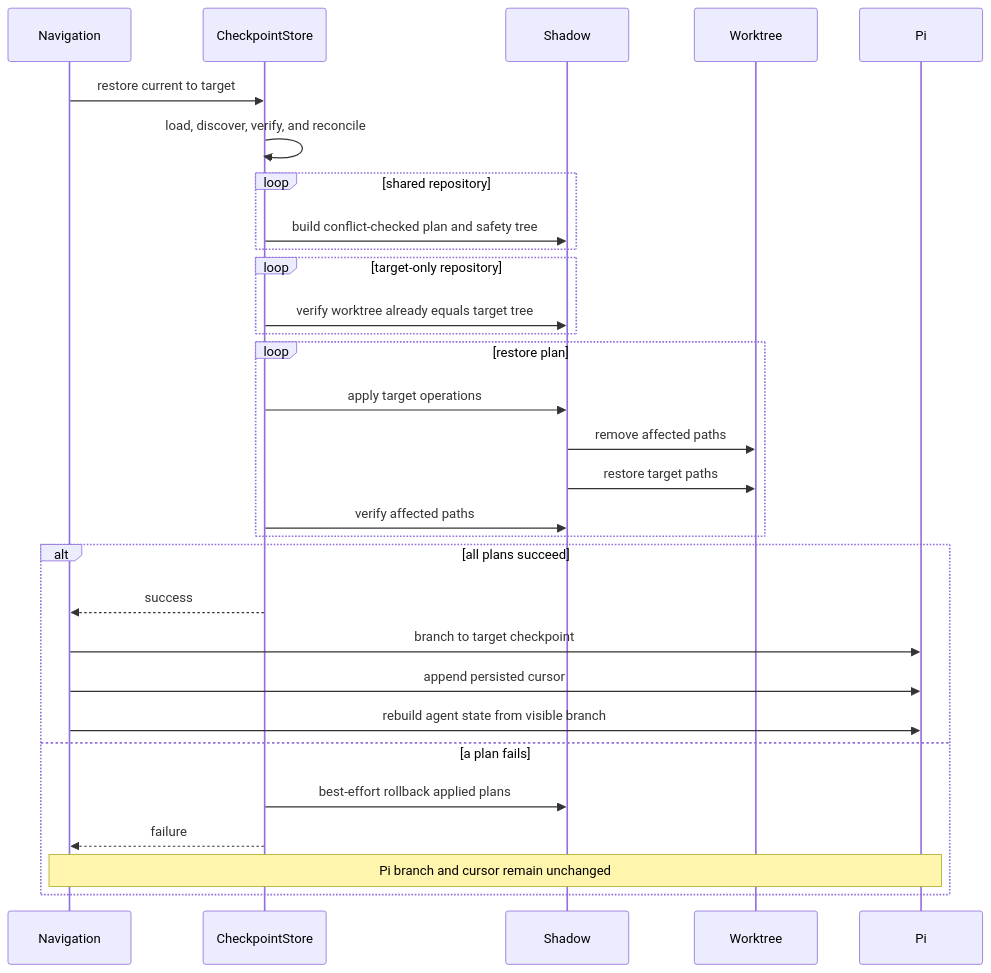
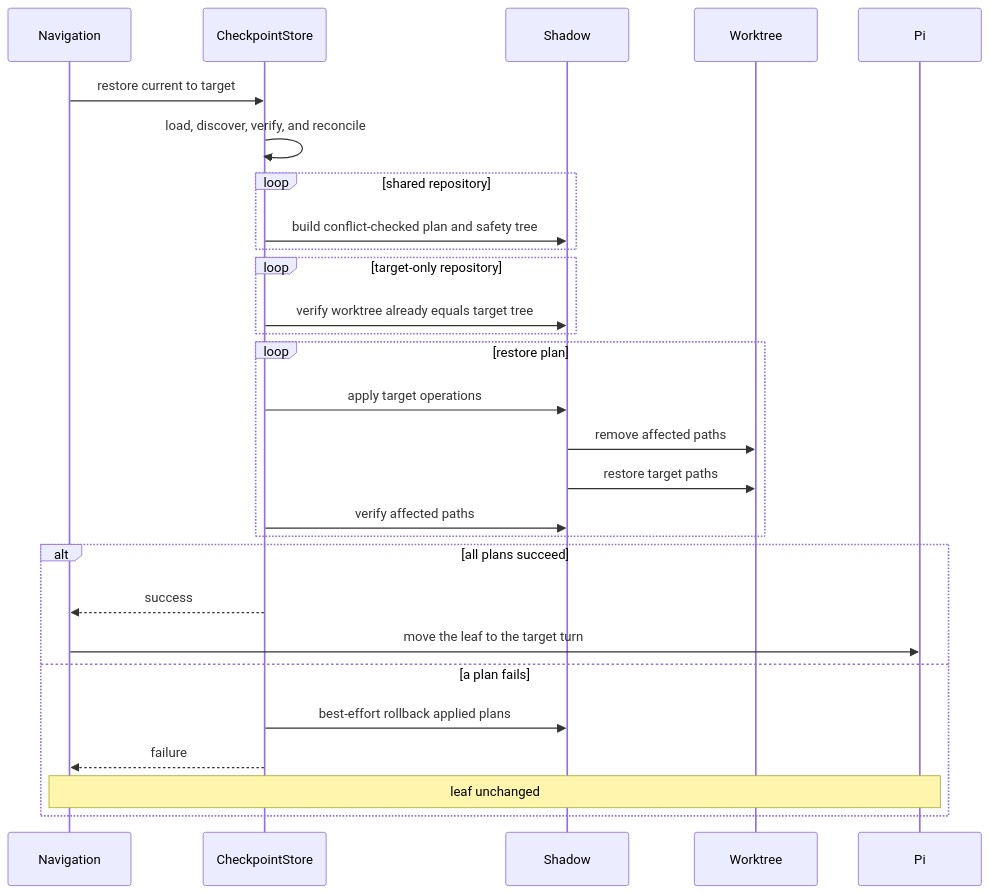
The sixth of 6 diagrams in docs/internal/checkpoint-system.md (mattiacerutti/supernova), drawn with Mermaid before and after one commit. The commit also changed other lines of this file and 413 other files, not shown here.

````diff
--- a/docs/internal/checkpoint-system.md
+++ b/docs/internal/checkpoint-system.md
@@ -407,33 +393,31 @@
 ```mermaid
 sequenceDiagram
   participant Nav as Navigation
   participant Store as CheckpointStore
   participant Shadow
   participant Worktree
   participant Pi
 
   Nav->>Store: restore current to target
   Store->>Store: load, discover, verify, and reconcile
   loop shared repository
     Store->>Shadow: build conflict-checked plan and safety tree
   end
   loop target-only repository
     Store->>Shadow: verify worktree already equals target tree
   end
   loop restore plan
     Store->>Shadow: apply target operations
     Shadow->>Worktree: remove affected paths
     Shadow->>Worktree: restore target paths
     Store->>Shadow: verify affected paths
   end
   alt all plans succeed
     Store-->>Nav: success
-    Nav->>Pi: branch to target checkpoint
-    Nav->>Pi: append persisted cursor
-    Nav->>Pi: rebuild agent state from visible branch
+    Nav->>Pi: move the leaf to the target turn
   else a plan fails
     Store->>Shadow: best-effort rollback applied plans
     Store-->>Nav: failure
-    Note over Nav,Pi: Pi branch and cursor remain unchanged
+    Note over Nav,Pi: leaf unchanged
   end
 ```
````
